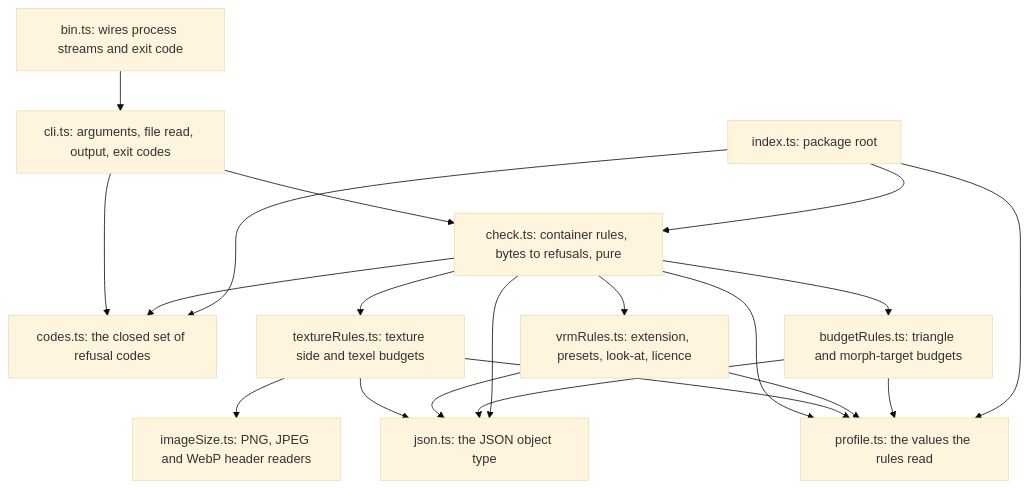
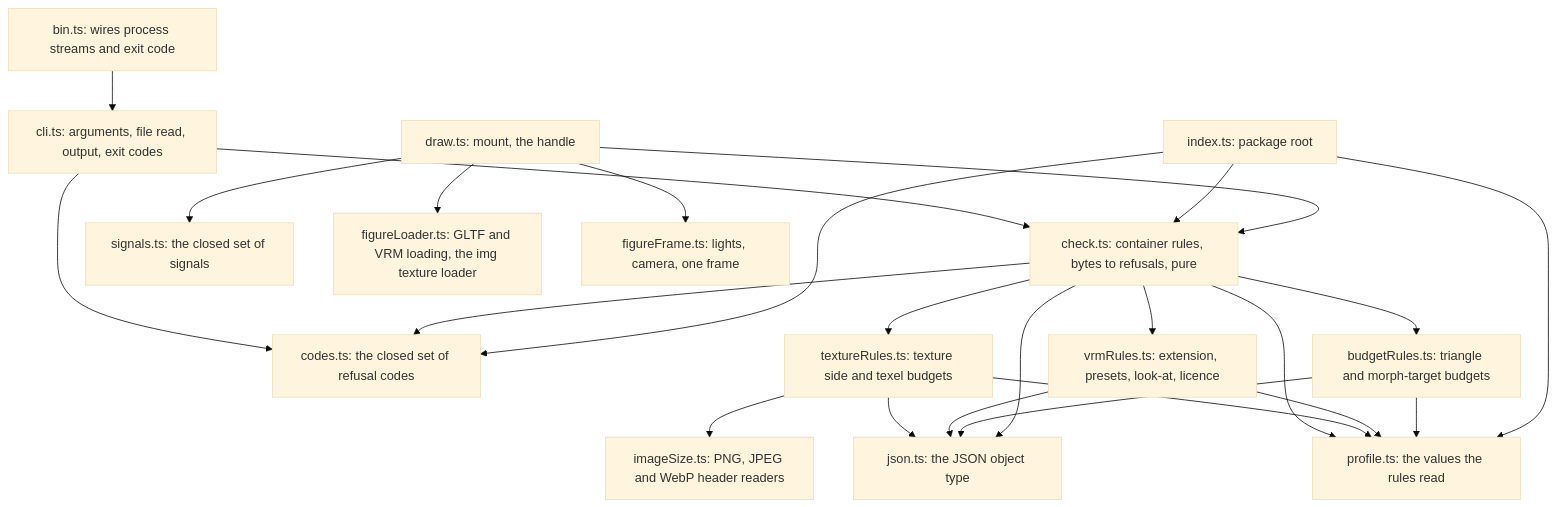
Before and after one commit to overnightworks/figure: the second of 4 diagrams in docs/ARCHITECTURE.md, drawn with Mermaid (base theme). The commit also changed other lines of this file and 25 other files, not shown here.

````diff
--- a/docs/ARCHITECTURE.md
+++ b/docs/ARCHITECTURE.md
@@ -23,26 +25,33 @@
 ```mermaid
 flowchart TD
     bin["bin.ts: wires process streams and exit code"] --> cli
     cli["cli.ts: arguments, file read, output, exit codes"] --> check
     cli --> codes
     check["check.ts: container rules, bytes to refusals, pure"] --> codes
     check --> profile
     check --> vrmRules
     check --> budgetRules
     check --> textureRules
     textureRules["textureRules.ts: texture side and texel budgets"] --> profile
     textureRules --> json
     textureRules --> imageSize
     imageSize["imageSize.ts: PNG, JPEG and WebP header readers"]
     vrmRules["vrmRules.ts: extension, presets, look-at, licence"] --> profile
     budgetRules["budgetRules.ts: triangle and morph-target budgets"] --> profile
     vrmRules --> json
     budgetRules --> json
     check --> json
     json["json.ts: the JSON object type"]
     profile["profile.ts: the values the rules read"]
     codes["codes.ts: the closed set of refusal codes"]
     index["index.ts: package root"] --> check
     index --> profile
     index --> codes
+    draw["draw.ts: mount, the handle"] --> check
+    draw --> signals
+    draw --> figureLoader
+    draw --> figureFrame
+    figureLoader["figureLoader.ts: GLTF and VRM loading, the img texture loader"]
+    figureFrame["figureFrame.ts: lights, camera, one frame"]
+    signals["signals.ts: the closed set of signals"]
 ```
````
